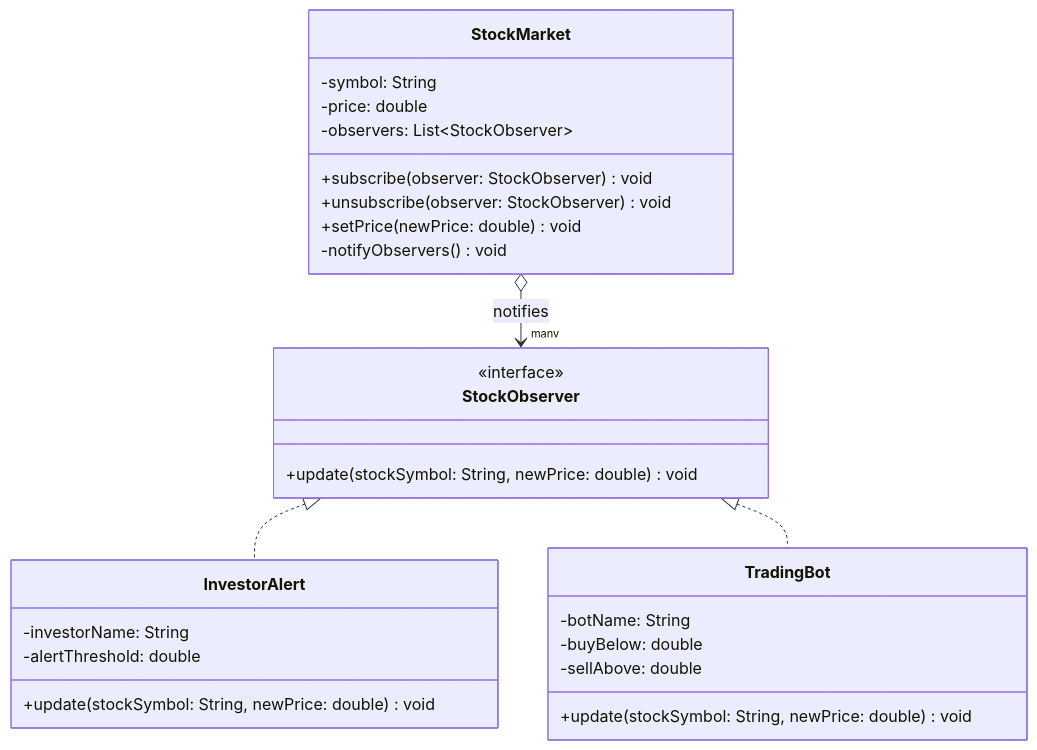
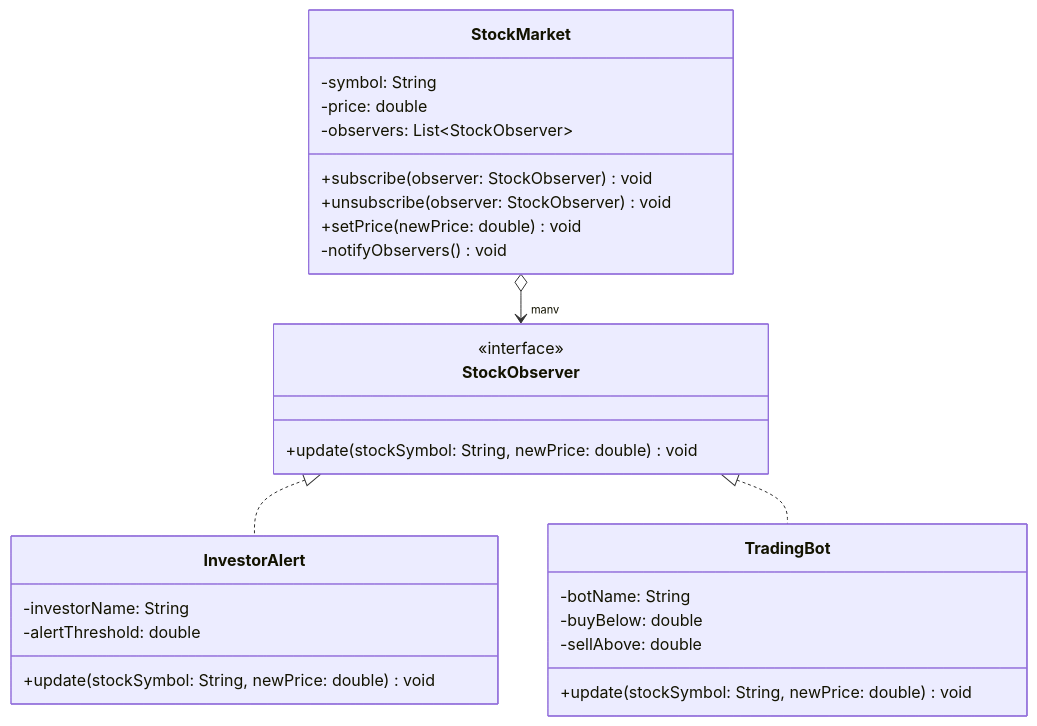
The diagram in src/observer/README.md (kubrck/LLD), drawn with Mermaid before and after one commit. The commit also changed 10 other files, not shown here.

Commit message:
docs(uml): simplify all diagrams to only is-a and has-a relationships

````diff
--- a/src/observer/README.md
+++ b/src/observer/README.md
@@ -7,34 +7,34 @@
 ```mermaid
 classDiagram
     class StockObserver {
         <<interface>>
         +update(stockSymbol: String, newPrice: double) void
     }
 
     class InvestorAlert {
         -investorName: String
         -alertThreshold: double
         +update(stockSymbol: String, newPrice: double) void
     }
 
     class TradingBot {
         -botName: String
         -buyBelow: double
         -sellAbove: double
         +update(stockSymbol: String, newPrice: double) void
     }
 
     class StockMarket {
         -symbol: String
         -price: double
         -observers: List~StockObserver~
         +subscribe(observer: StockObserver) void
         +unsubscribe(observer: StockObserver) void
         +setPrice(newPrice: double) void
         -notifyObservers() void
     }
 
     StockObserver <|.. InvestorAlert
     StockObserver <|.. TradingBot
-    StockMarket o--> "many" StockObserver : notifies
+    StockMarket o--> "many" StockObserver
 ```
````
